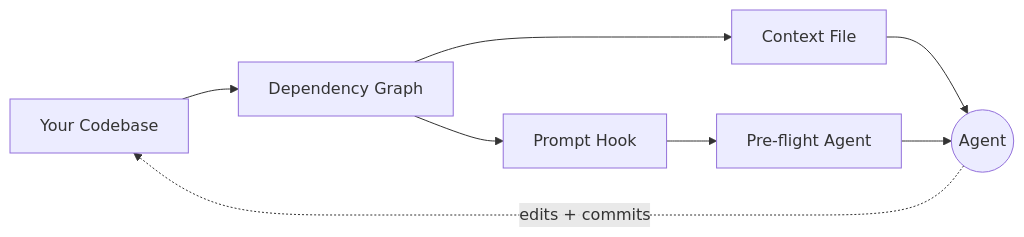
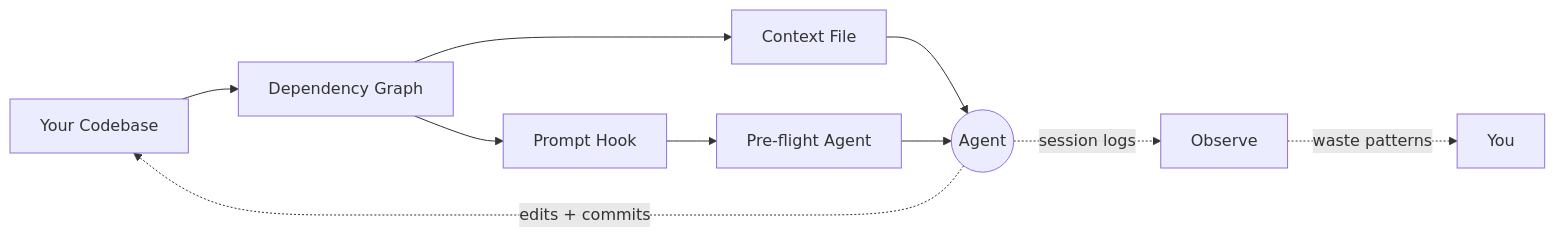
One commit to michaelabrt/clarte changed the diagram in README.md. Above: the diagram before and after it, drawn with Mermaid. The commit also changed other lines of this file and 19 other files, not shown here.

````diff
--- a/README.md
+++ b/README.md
@@ -68,9 +87,11 @@
 ```mermaid
 graph LR
     A[Your Codebase] --> B[Dependency Graph]
     B --> C[Context File]
     B --> D[Prompt Hook]
     D --> E[Pre-flight Agent]
     C & E --> F((Agent))
     F -. "edits + commits" .-> A
+    F -. "session logs" .-> G[Observe]
+    G -. "waste patterns" .-> H[You]
 ```
````
